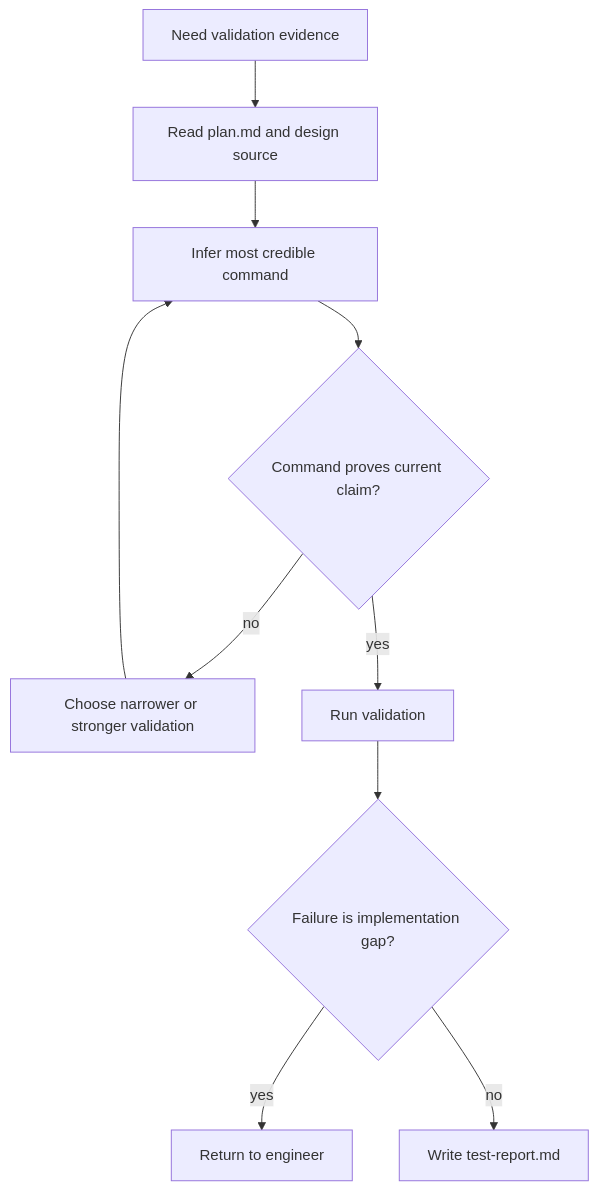
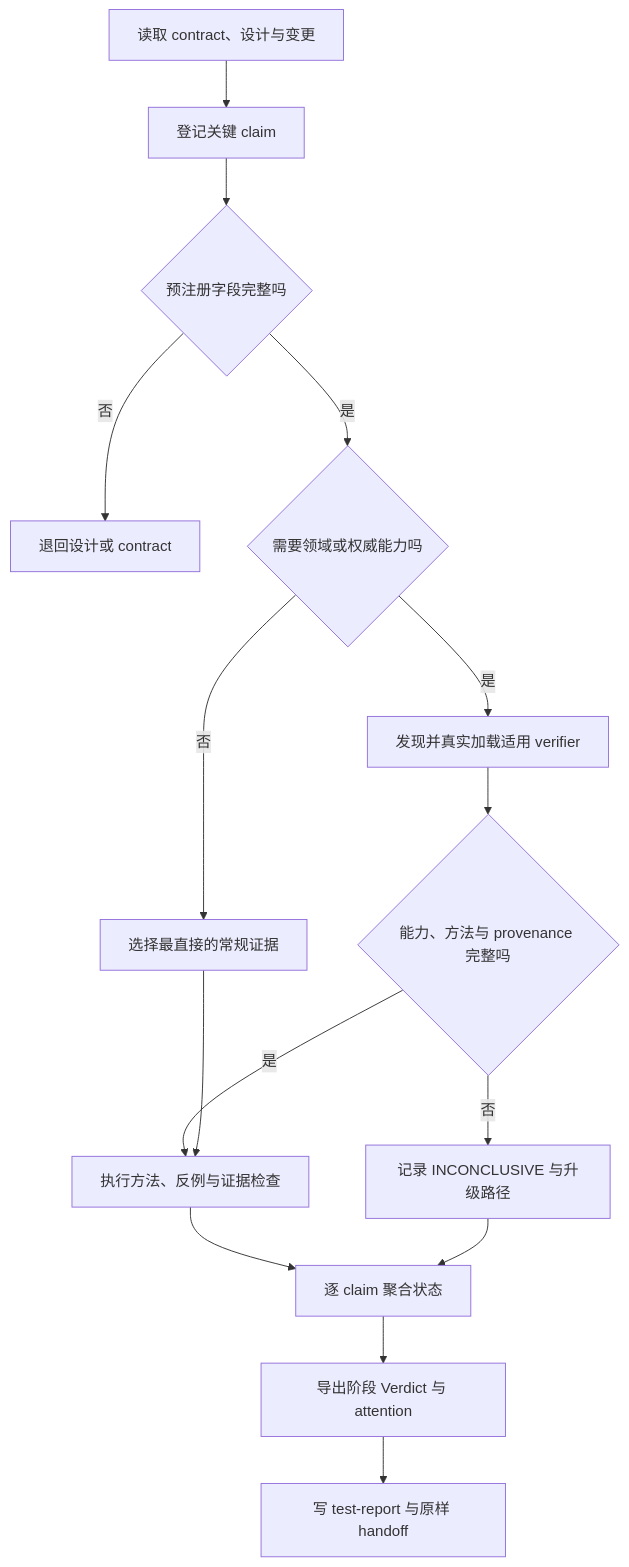
Before and after one commit to Thrimbda/legion-mind: the diagram in skills/verify-change/SKILL.md, drawn with Mermaid. The commit also changed other lines of this file and 30 other files, not shown here.

````diff
--- a/skills/verify-change/SKILL.md
+++ b/skills/verify-change/SKILL.md
@@ -38,12 +44,17 @@
 ```mermaid
 flowchart TD
-    A[Need validation evidence] --> B[Read plan.md and design source]
-    B --> C[Infer most credible command]
-    C --> D{Command proves current claim?}
-    D -- no --> E[Choose narrower or stronger validation]
-    E --> C
-    D -- yes --> F[Run validation]
-    F --> G{Failure is implementation gap?}
-    G -- yes --> H[Return to engineer]
-    G -- no --> I[Write test-report.md]
+    A[读取 contract、设计与变更] --> B[登记关键 claim]
+    B --> C{预注册字段完整吗}
+    C -- 否 --> D[退回设计或 contract]
+    C -- 是 --> E{需要领域或权威能力吗}
+    E -- 否 --> F[选择最直接的常规证据]
+    E -- 是 --> G[发现并真实加载适用 verifier]
+    G --> H{能力、方法与 provenance 完整吗}
+    H -- 否 --> I[记录 INCONCLUSIVE 与升级路径]
+    H -- 是 --> J[执行方法、反例与证据检查]
+    F --> J
+    J --> K[逐 claim 聚合状态]
+    I --> K
+    K --> L[导出阶段 Verdict 与 attention]
+    L --> M[写 test-report 与原样 handoff]
 ```
````
